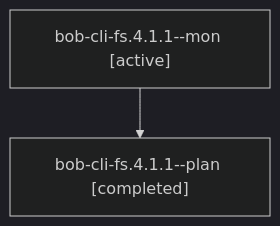
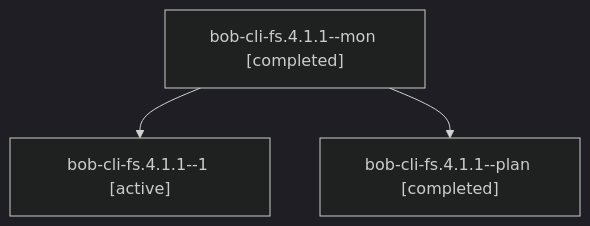
One commit to bobs-org/bob-cli--agents changed the diagram in sessions/bbugyi200.athena.bob-cli-fs.4.1.1.md. Above: the diagram before and after it, drawn with Mermaid (dark theme). The commit also changed other lines of this file and 69 other files, not shown here.

````diff
--- a/sessions/bbugyi200.athena.bob-cli-fs.4.1.1.md
+++ b/sessions/bbugyi200.athena.bob-cli-fs.4.1.1.md
@@ -9,6 +9,8 @@
 ```mermaid
 flowchart TD
-  n0["bob-cli-fs.4.1.1--mon [active]"]
-  n1["bob-cli-fs.4.1.1--plan [completed]"]
+  n0["bob-cli-fs.4.1.1--mon [completed]"]
+  n1["bob-cli-fs.4.1.1--1 [active]"]
   n0 --> n1
+  n2["bob-cli-fs.4.1.1--plan [completed]"]
+  n0 --> n2
 ```
````
